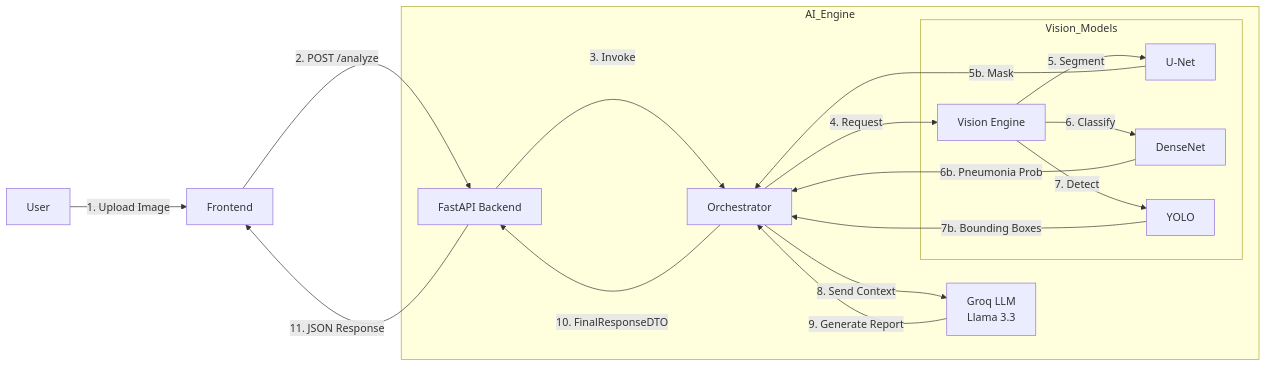
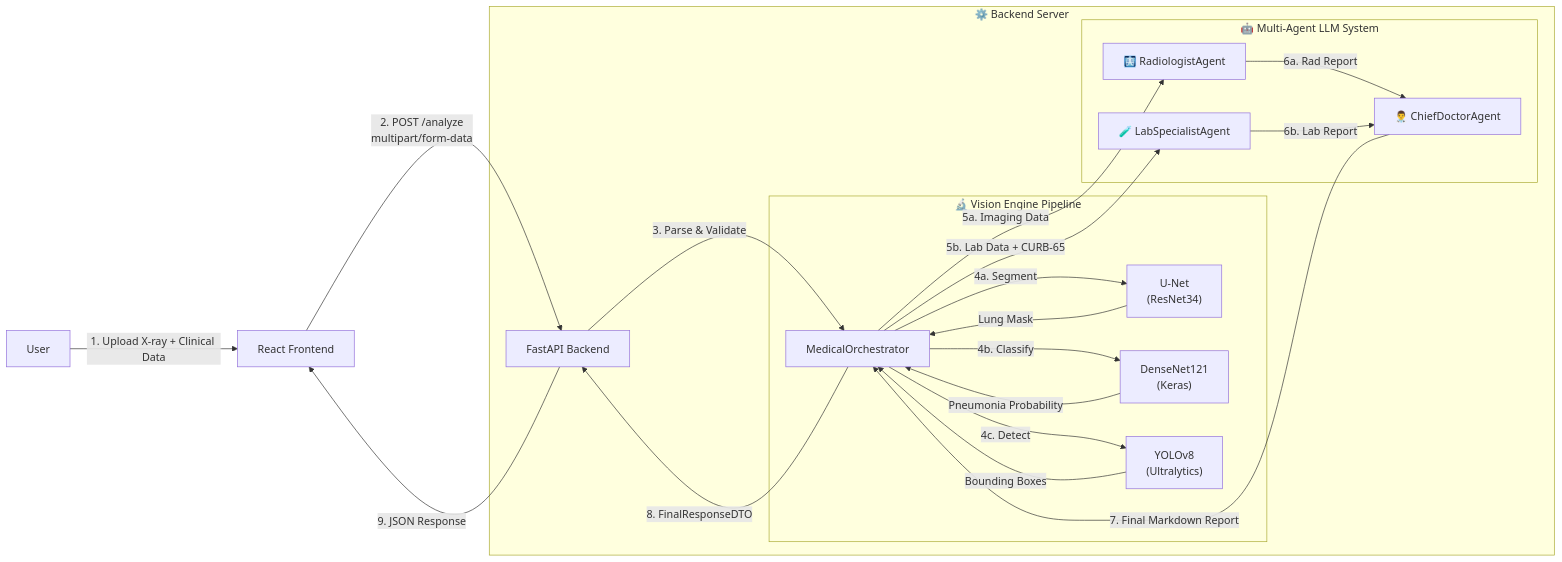
The diagram in README.md (ngbxxx2k/Multimodal-AI-for-diagnosing-pneumonia), drawn with Mermaid before and after one commit. The commit also changed other lines of this file, not shown here.

````diff
--- a/README.md
+++ b/README.md
@@ -55,28 +71,30 @@
 ```mermaid
 graph LR
-    User -->|1. Upload Image| Frontend
-    Frontend -->|2. POST /analyze| Backend[FastAPI Backend]
-    
-    subgraph AI_Engine
-        Backend -->|3. Invoke| Orchestrator
-        
-        Orchestrator -->|4. Request| Vision[Vision Engine]
-        
-        subgraph Vision_Models
-            Vision -->|5. Segment| UNet[U-Net]
-            Vision -->|6. Classify| DenseNet[DenseNet]
-            Vision -->|7. Detect| YOLO[YOLO]
+    User -->|1. Upload X-ray + Clinical Data| Frontend[React Frontend]
+    Frontend -->|2. POST /analyze<br/>multipart/form-data| Backend[FastAPI Backend]
+
+    subgraph Backend_Server["⚙️ Backend Server"]
+        Backend -->|3. Parse & Validate| Orchestrator[MedicalOrchestrator]
+
+        subgraph Vision_Pipeline["🔬 Vision Engine Pipeline"]
+            Orchestrator -->|4a. Segment| UNet["U-Net<br/>(ResNet34)"]
+            Orchestrator -->|4b. Classify| DenseNet["DenseNet121<br/>(Keras)"]
+            Orchestrator -->|4c. Detect| YOLO["YOLOv8<br/>(Ultralytics)"]
         end
-        
-        UNet -- 5b. Mask --> Orchestrator
-        DenseNet -- 6b. Pneumonia Prob --> Orchestrator
-        YOLO -- 7b. Bounding Boxes --> Orchestrator
-        
-        Orchestrator -->|8. Send Context| LLM[Groq LLM<br/>Llama 3.3]
+
+        subgraph Agent_System["🤖 Multi-Agent LLM System"]
+            Orchestrator -->|5a. Imaging Data| Radiologist["🩻 RadiologistAgent"]
+            Orchestrator -->|5b. Lab Data + CURB-65| LabSpecialist["🧪 LabSpecialistAgent"]
+            Radiologist -->|6a. Rad Report| ChiefDoctor["👨‍⚕️ ChiefDoctorAgent"]
+            LabSpecialist -->|6b. Lab Report| ChiefDoctor
+        end
     end
-    
-    LLM -->|9. Generate Report| Orchestrator
-    Orchestrator -->|10. FinalResponseDTO| Backend
-    Backend -->|11. JSON Response| Frontend
 
+    UNet -- Lung Mask --> Orchestrator
+    DenseNet -- Pneumonia Probability --> Orchestrator
+    YOLO -- Bounding Boxes --> Orchestrator
+
+    ChiefDoctor -->|7. Final Markdown Report| Orchestrator
+    Orchestrator -->|8. FinalResponseDTO| Backend
+    Backend -->|9. JSON Response| Frontend
 ```
````
